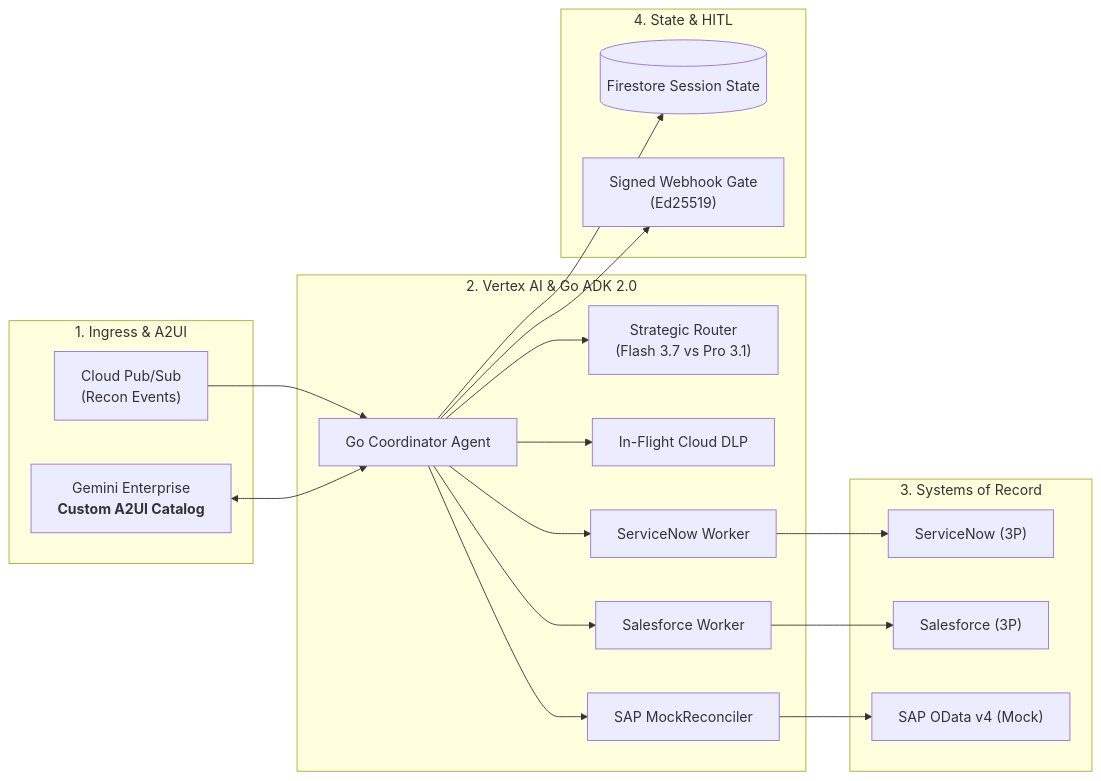
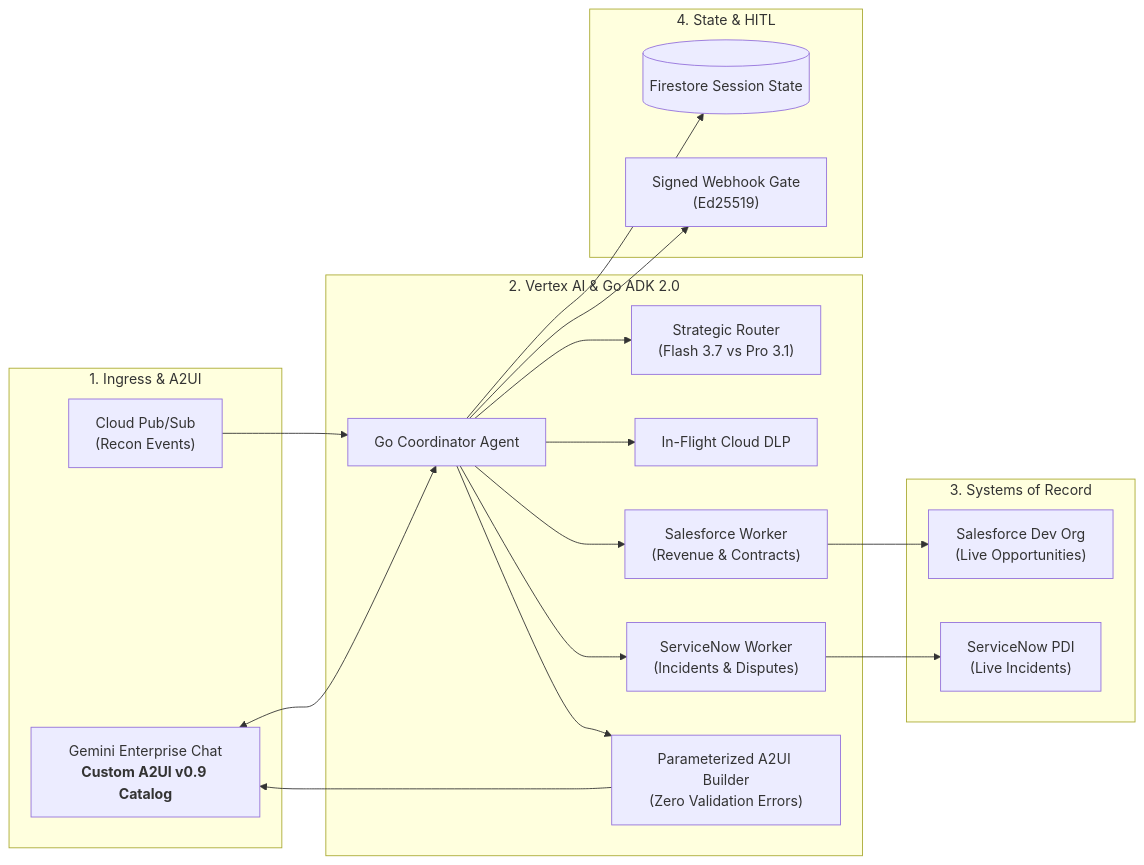
One commit to tiaaburton/Data-Recon-Agent changed the diagram in README.md. Above: the diagram before and after it, drawn with Mermaid. The commit also changed other lines of this file, not shown here.

Commit message:
docs: update README.md to match 2-way Salesforce-ServiceNow architecture, Go ADK v2, Makefile targets, and ADC

````diff
--- a/README.md
+++ b/README.md
@@ -25,37 +25,36 @@
 ```mermaid
 graph LR
     subgraph Ingress ["1. Ingress & A2UI"]
-        GeminiUI["Gemini Enterprise<br/><b>Custom A2UI Catalog</b>"]
+        GeminiUI["Gemini Enterprise Chat<br/><b>Custom A2UI v0.9 Catalog</b>"]
         PubSub["Cloud Pub/Sub<br/>(Recon Events)"]
     end
 
     subgraph AgentMesh ["2. Vertex AI & Go ADK 2.0"]
         Coordinator["Go Coordinator Agent"]
         Router["Strategic Router<br/>(Flash 3.7 vs Pro 3.1)"]
         DLP["In-Flight Cloud DLP"]
-        SNWorker["ServiceNow Worker"]
-        SFWorker["Salesforce Worker"]
-        SAPWorker["SAP MockReconciler"]
+        SFWorker["Salesforce Worker<br/>(Revenue & Contracts)"]
+        SNWorker["ServiceNow Worker<br/>(Incidents & Disputes)"]
+        A2UIBuilder["Parameterized A2UI Builder<br/>(Zero Validation Errors)"]
     end
 
     subgraph EnterpriseData ["3. Systems of Record"]
-        SN["ServiceNow (3P)"]
-        SF["Salesforce (3P)"]
-        SAP["SAP OData v4 (Mock)"]
+        SF["Salesforce Dev Org<br/>(Live Opportunities)"]
+        SN["ServiceNow PDI<br/>(Live Incidents)"]
     end
 
     subgraph Safety ["4. State & HITL"]
         Firestore[("Firestore Session State")]
         HITLGate["Signed Webhook Gate<br/>(Ed25519)"]
     end
 
     PubSub --> Coordinator
     GeminiUI <--> Coordinator
     Coordinator --> DLP
     Coordinator --> Router
+    Coordinator --> SFWorker --> SF
     Coordinator --> SNWorker --> SN
-    Coordinator --> SFWorker --> SF
-    Coordinator --> SAPWorker --> SAP
+    Coordinator --> A2UIBuilder --> GeminiUI
     Coordinator --> Firestore
     Coordinator --> HITLGate
 ```
````
